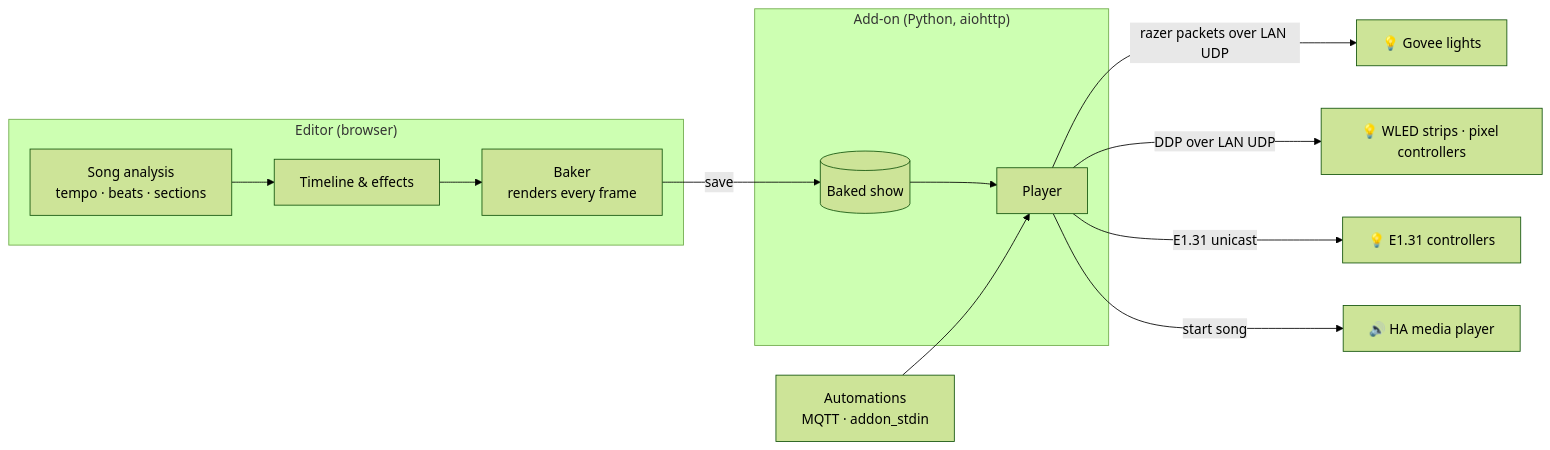
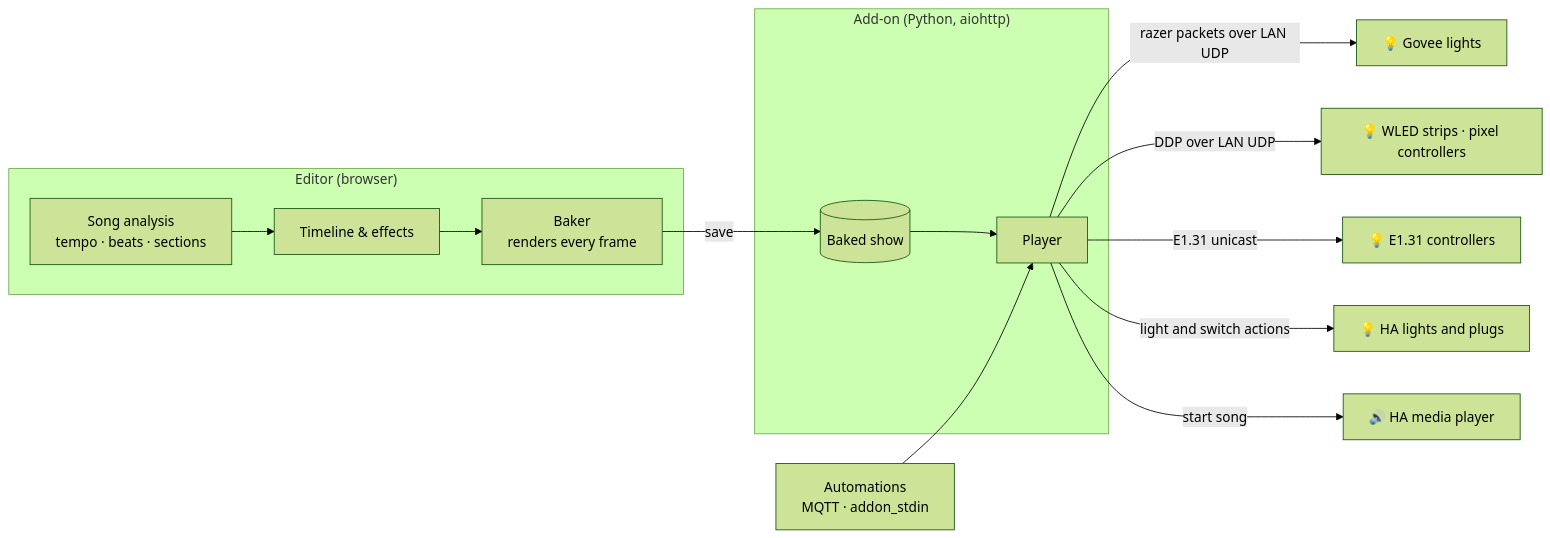
Before and after one commit to gavin-vbmedia/govee-ha-show: the diagram in README.md, drawn with Mermaid (forest theme). The commit also changed other lines of this file and 17 other files, not shown here.

````diff
--- a/README.md
+++ b/README.md
@@ -152,16 +154,17 @@
 ```mermaid
 flowchart LR
     subgraph Browser["Editor (browser)"]
         A[Song analysis<br/>tempo · beats · sections] --> B[Timeline &amp; effects]
         B --> C[Baker<br/>renders every frame]
     end
     subgraph Addon["Add-on (Python, aiohttp)"]
         D[(Baked show)] --> E[Player]
     end
     C -- save --> D
     E -- "razer packets over LAN UDP" --> F[💡 Govee lights]
     E -- "DDP over LAN UDP" --> W[💡 WLED strips · pixel controllers]
     E -- "E1.31 unicast" --> X[💡 E1.31 controllers]
+    E -- "light and switch actions" --> Y[💡 HA lights and plugs]
     E -- "start song" --> G[🔊 HA media player]
     H[Automations<br/>MQTT · addon_stdin] --> E
 ```
````
